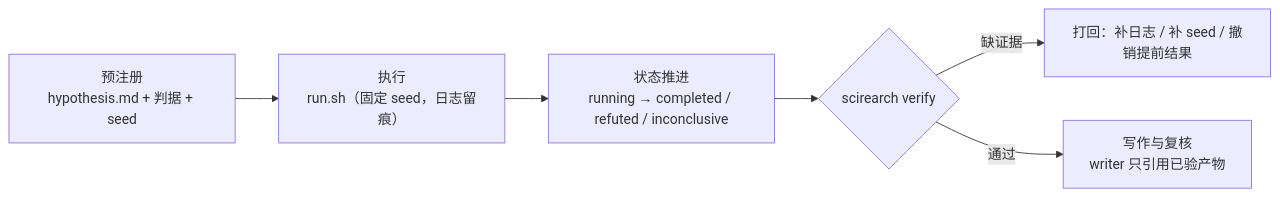
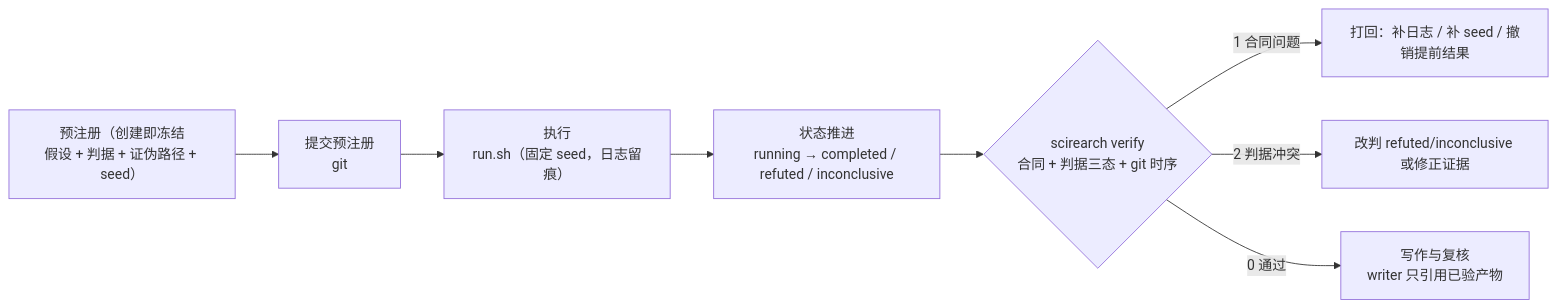
Before and after one commit to ckyOL/scienceRearch: the diagram in README.md, drawn with Mermaid. The commit also changed other lines of this file and 38 other files, not shown here.

First line of the commit message:
feat(contract): 落地调研 §7 借鉴清单：预注册哈希冻结、判据三态、git 时序防火墙

````diff
--- a/README.md
+++ b/README.md
@@ -77,8 +86,9 @@
 ```mermaid
 flowchart LR
-  P["预注册<br/>hypothesis.md + 判据 + seed"] --> R["执行<br/>run.sh（固定 seed，日志留痕）"]
+  P["预注册（创建即冻结<br/>假设 + 判据 + 证伪路径 + seed）"] --> C["提交预注册<br/>git"] --> R["执行<br/>run.sh（固定 seed，日志留痕）"]
   R --> S["状态推进<br/>running → completed / refuted / inconclusive"]
-  S --> V{"scirearch verify"}
-  V -->|缺证据| X["打回：补日志 / 补 seed / 撤销提前结果"]
-  V -->|通过| W["写作与复核<br/>writer 只引用已验产物"]
+  S --> V{"scirearch verify<br/>合同 + 判据三态 + git 时序"}
+  V -->|"1 合同问题"| X["打回：补日志 / 补 seed / 撤销提前结果"]
+  V -->|"2 判据冲突"| Y["改判 refuted/inconclusive 或修正证据"]
+  V -->|"0 通过"| W["写作与复核<br/>writer 只引用已验产物"]
 ```
````
